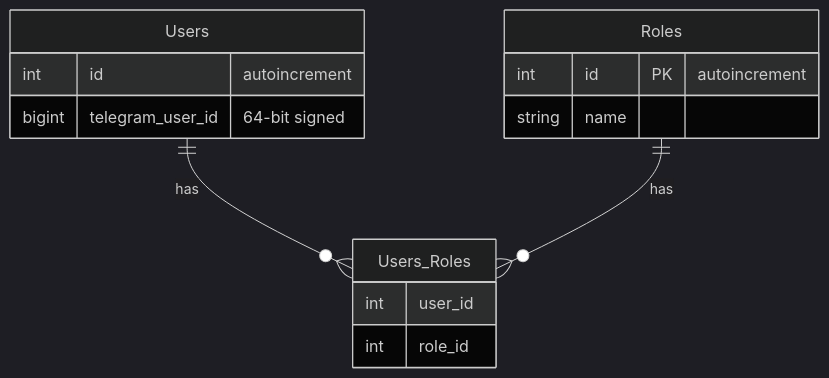
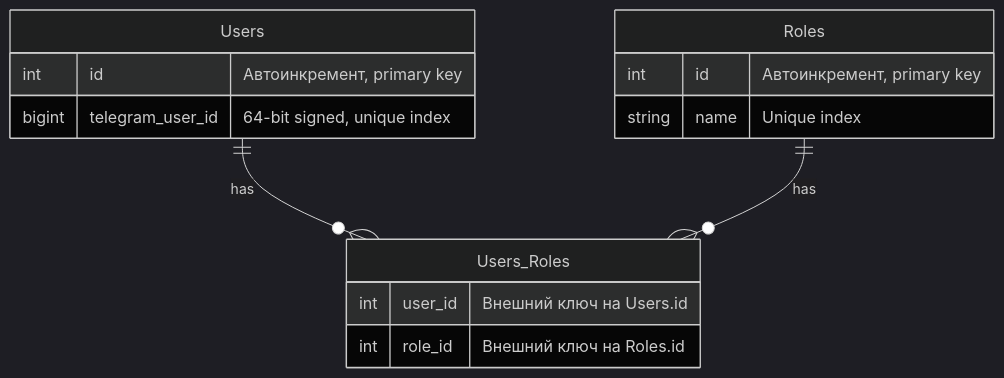
One commit to it-mentor-community-platform/meta changed the diagram in system-analytics/services/auth-service/index.md. Above: the diagram before and after it, drawn with Mermaid (dark theme). The commit also changed other lines of this file, not shown here.

Commit message:
system analytics: authentication and authorization - db indexes defined

````diff
--- a/system-analytics/services/auth-service/index.md
+++ b/system-analytics/services/auth-service/index.md
@@ -23,20 +23,20 @@
 ```mermaid
 erDiagram
     Users {
-        int id "autoincrement"
-        bigint telegram_user_id "64-bit signed"
+        int id "Автоинкремент, primary key"
+        bigint telegram_user_id "64-bit signed, unique index"
     }
 
     Roles {
-        int id PK "autoincrement"
-        string name
+        int id "Автоинкремент, primary key"
+        string name "Unique index"
     }
 
     Users_Roles {
-        int user_id
-        int role_id
+        int user_id "Внешний ключ на Users.id"
+        int role_id "Внешний ключ на Roles.id"
     }
 
     Users ||--o{ Users_Roles : has
     Roles ||--o{ Users_Roles : has
 ```
````
